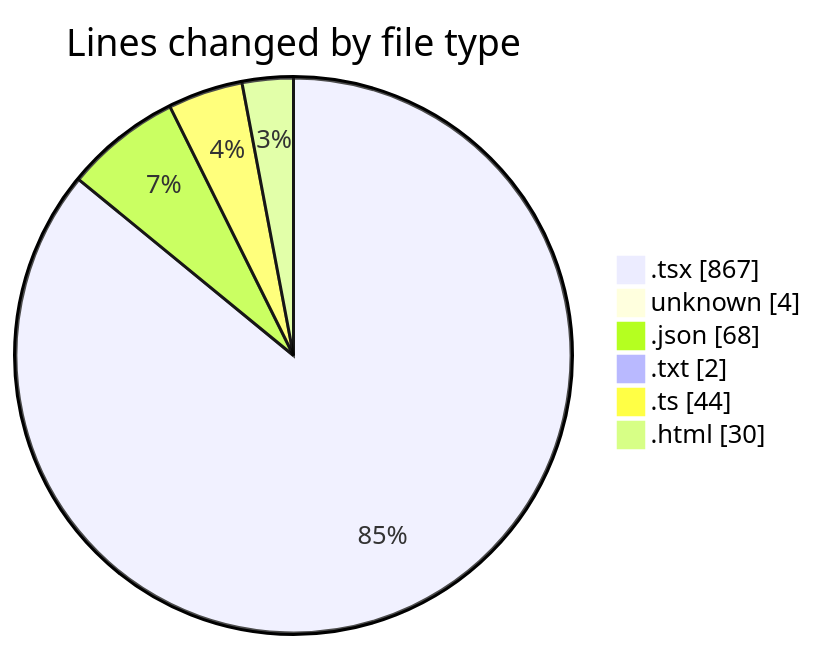
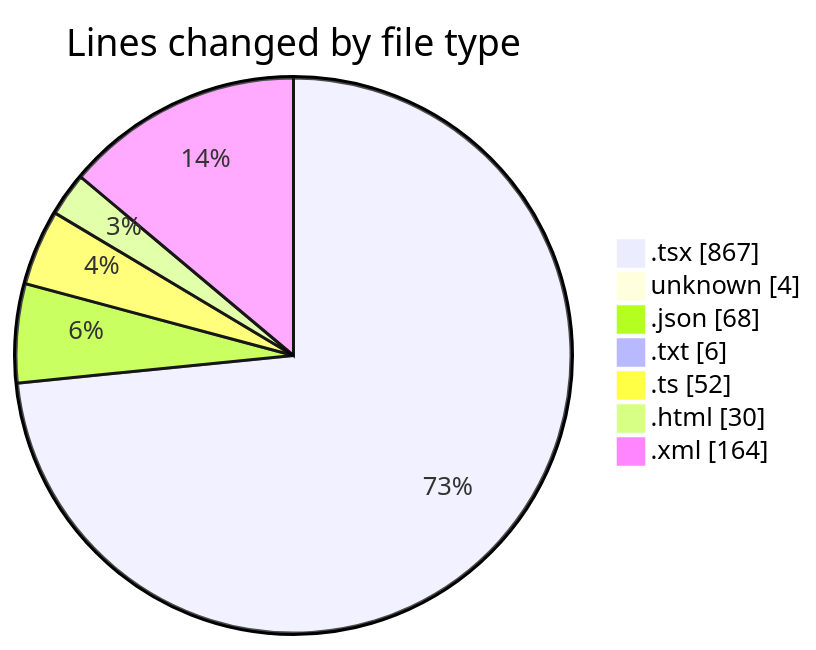
One commit to robertbonfada/code-tracking changed the first of 2 diagrams in 2025-02-27/audiobooks-web/README.md. Above: the diagram before and after it, drawn with Mermaid. The commit also changed other lines of this file and 1 other file, not shown here.

````diff
--- a/2025-02-27/audiobooks-web/README.md
+++ b/2025-02-27/audiobooks-web/README.md
@@ -31,10 +33,11 @@
 ```mermaid
 pie showData
 title Lines changed by file type
 ".tsx" : 867
 "unknown" : 4
 ".json" : 68
-".txt" : 2
-".ts" : 44
+".txt" : 6
+".ts" : 52
 ".html" : 30
+".xml" : 164
 ```
````
